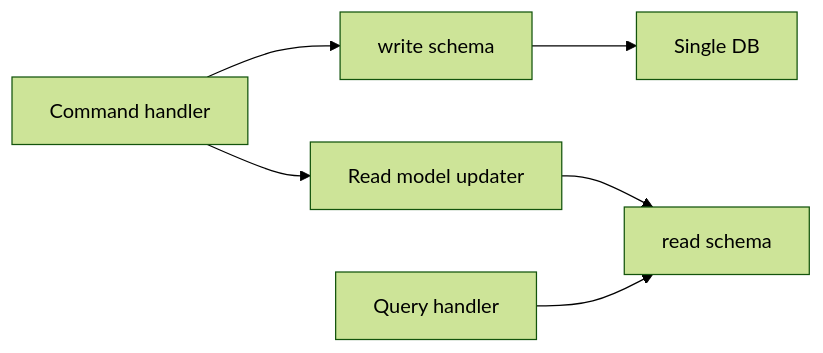
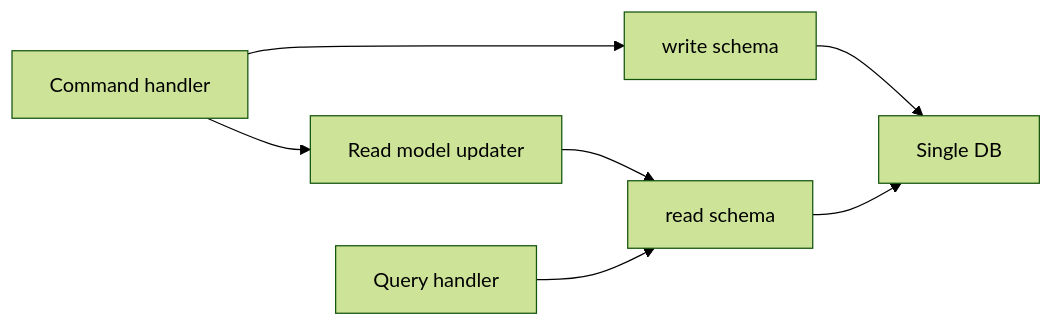
Diagram 14 of 19 in content/lectures/Lec13/vitepress.md (Kert0n/KPO), drawn with Mermaid (forest theme) before and after one commit. The commit also changed other lines of this file, not shown here.

````diff
--- a/content/lectures/Lec13/vitepress.md
+++ b/content/lectures/Lec13/vitepress.md
@@ -1331,8 +1369,9 @@
 ```mermaid
 flowchart LR
     Command["Command handler"] --> WriteSchema["write schema"]
     WriteSchema --> DB["Single DB"]
     Command --> Projector["Read model updater"]
     Projector --> ReadSchema["read schema"]
+    ReadSchema --> DB
     Query["Query handler"] --> ReadSchema
 ```
````
